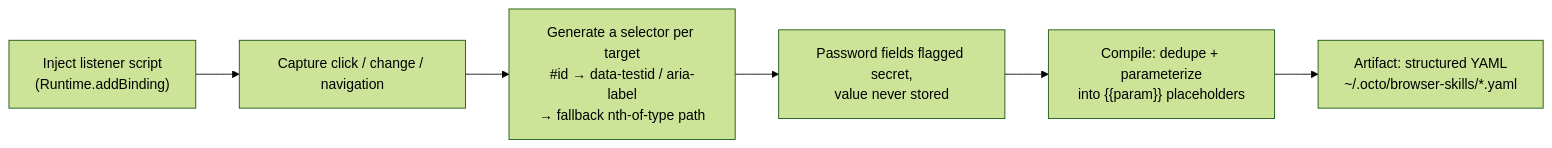
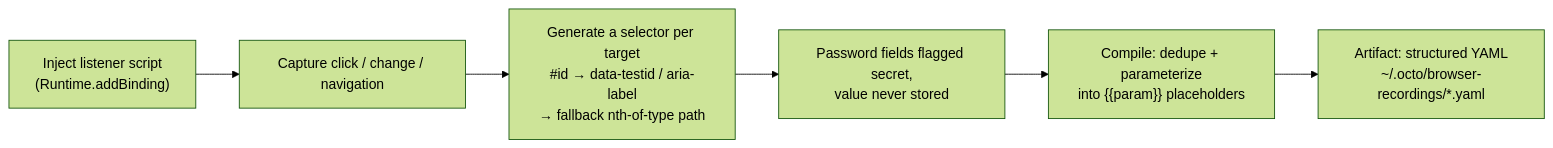
Before and after one commit to qwer233qq/octo-agent: the seventh of 8 diagrams in blog/src/content/posts/en/architecture-deep-dive.md, drawn with Mermaid (forest theme). The commit also changed other lines of this file and 3 other files, not shown here.

````diff
--- a/blog/src/content/posts/en/architecture-deep-dive.md
+++ b/blog/src/content/posts/en/architecture-deep-dive.md
@@ -228,8 +347,8 @@
 ```mermaid
 flowchart LR
     A["Inject listener script<br/>(Runtime.addBinding)"] --> B["Capture click / change / navigation"]
     B --> C["Generate a selector per target<br/>#id → data-testid / aria-label<br/>→ fallback nth-of-type path"]
     C --> D["Password fields flagged secret,<br/>value never stored"]
     D --> E["Compile: dedupe + parameterize<br/>into {{param}} placeholders"]
-    E --> F["Artifact: structured YAML<br/>~/.octo/browser-skills/*.yaml"]
+    E --> F["Artifact: structured YAML<br/>~/.octo/browser-recordings/*.yaml"]
 ```
````
